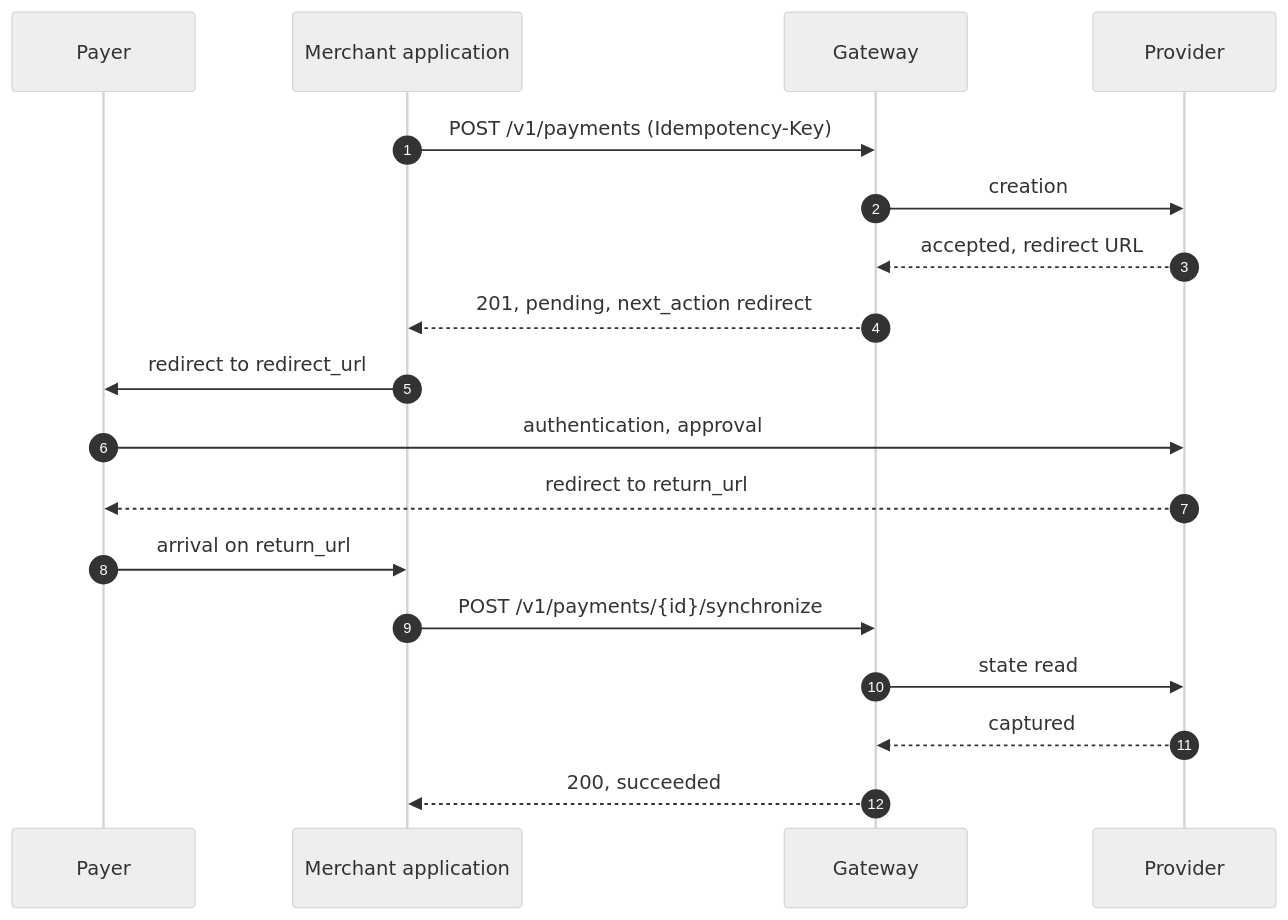
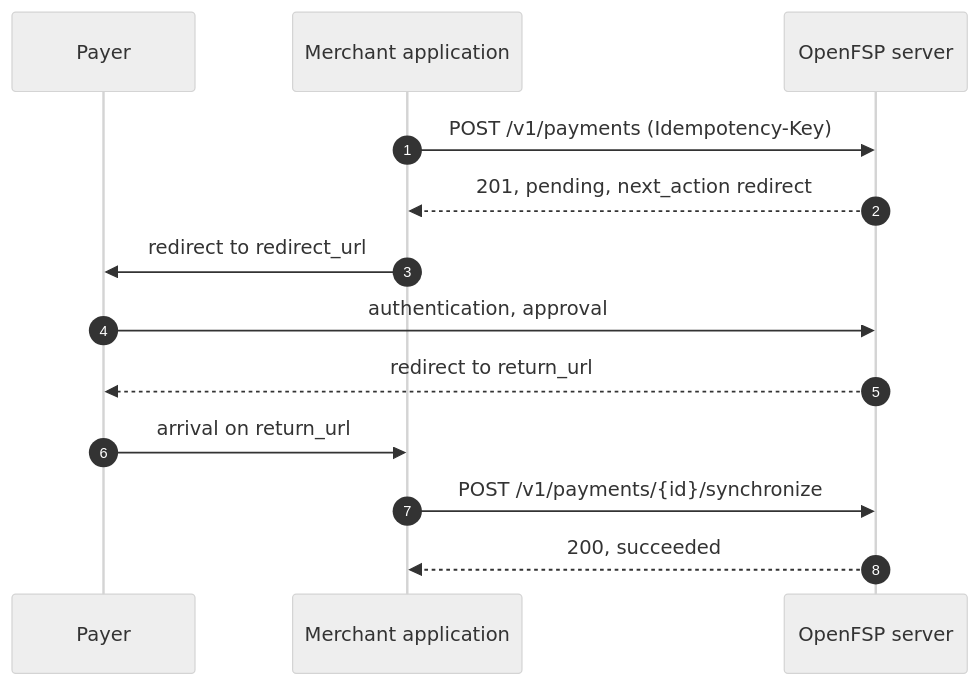
Before and after one commit to openfspht/openfsp.org: the diagram in content/docs/spec/payments-api.mdx, drawn with Mermaid (neutral theme). The commit also changed other lines of this file and 33 other files, not shown here.

````diff
--- a/content/docs/spec/payments-api.mdx
+++ b/content/docs/spec/payments-api.mdx
@@ -272,21 +255,16 @@
 ```mermaid
 sequenceDiagram
     autonumber
     participant P as Payer
     participant M as Merchant application
-    participant G as Gateway
-    participant O as Provider
+    participant S as OpenFSP server
 
-    M->>G: POST /v1/payments (Idempotency-Key)
-    G->>O: creation
-    O-->>G: accepted, redirect URL
-    G-->>M: 201, pending, next_action redirect
+    M->>S: POST /v1/payments (Idempotency-Key)
+    S-->>M: 201, pending, next_action redirect
     M->>P: redirect to redirect_url
-    P->>O: authentication, approval
-    O-->>P: redirect to return_url
+    P->>S: authentication, approval
+    S-->>P: redirect to return_url
     P->>M: arrival on return_url
-    M->>G: POST /v1/payments/{id}/synchronize
-    G->>O: state read
-    O-->>G: captured
-    G-->>M: 200, succeeded
+    M->>S: POST /v1/payments/{id}/synchronize
+    S-->>M: 200, succeeded
 ```
````
